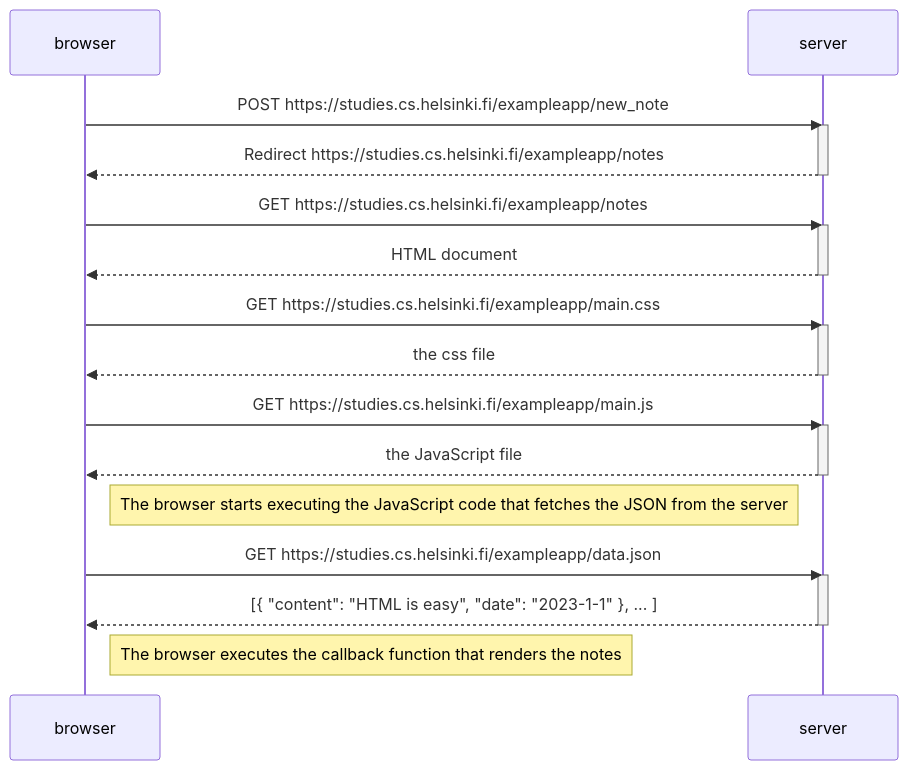
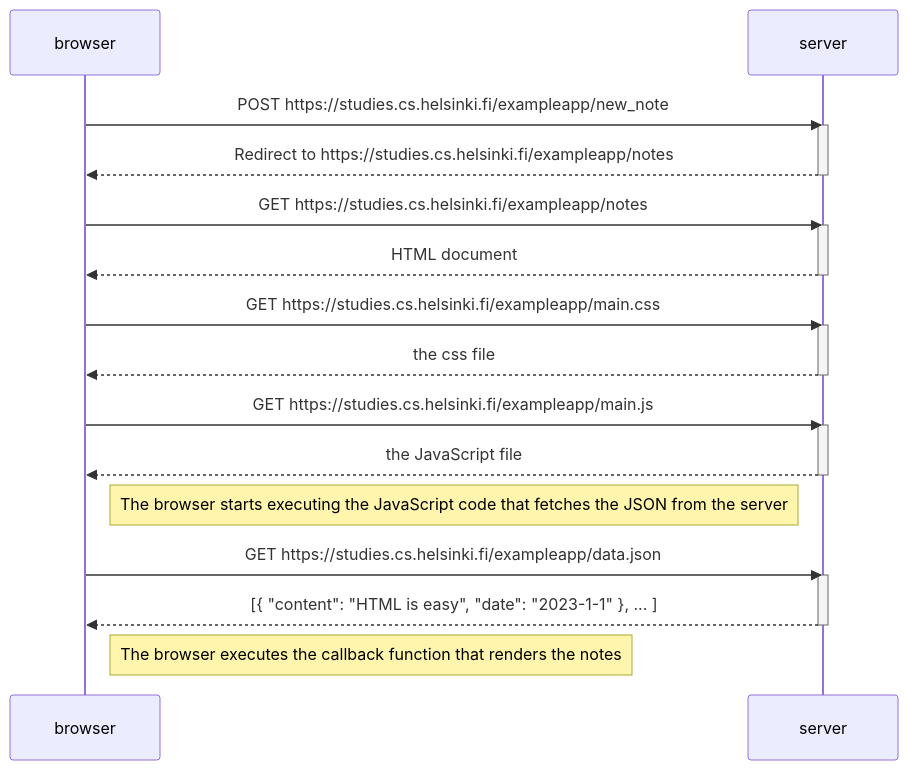
Before and after one commit to Nate1809/Full-Stack-Open-submissions: the diagram in part0/exercises-0.1-0.6.md, drawn with Mermaid. The commit also changed other lines of this file, not shown here.

````diff
--- a/part0/exercises-0.1-0.6.md
+++ b/part0/exercises-0.1-0.6.md
@@ -3,34 +3,34 @@
 ```mermaid
 sequenceDiagram
     participant browser
     participant server
 
     browser->>server: POST https://studies.cs.helsinki.fi/exampleapp/new_note
     activate server
-    server-->>browser: Redirect https://studies.cs.helsinki.fi/exampleapp/notes
+    server-->>browser: Redirect to https://studies.cs.helsinki.fi/exampleapp/notes
     deactivate server
 
     browser->>server: GET https://studies.cs.helsinki.fi/exampleapp/notes
     activate server
     server-->>browser: HTML document
     deactivate server
 
     browser->>server: GET https://studies.cs.helsinki.fi/exampleapp/main.css
     activate server
     server-->>browser: the css file
     deactivate server
 
     browser->>server: GET https://studies.cs.helsinki.fi/exampleapp/main.js
     activate server
     server-->>browser: the JavaScript file
     deactivate server
 
     Note right of browser: The browser starts executing the JavaScript code that fetches the JSON from the server
 
     browser->>server: GET https://studies.cs.helsinki.fi/exampleapp/data.json
     activate server
     server-->>browser: [{ "content": "HTML is easy", "date": "2023-1-1" }, ... ]
     deactivate server
 
     Note right of browser: The browser executes the callback function that renders the notes
 ```
````
